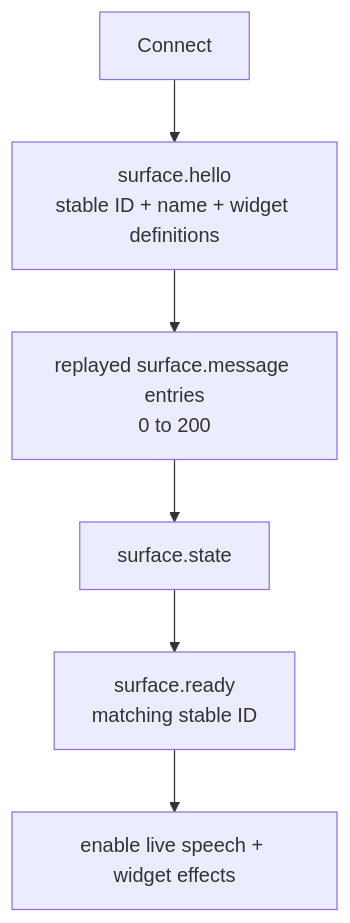
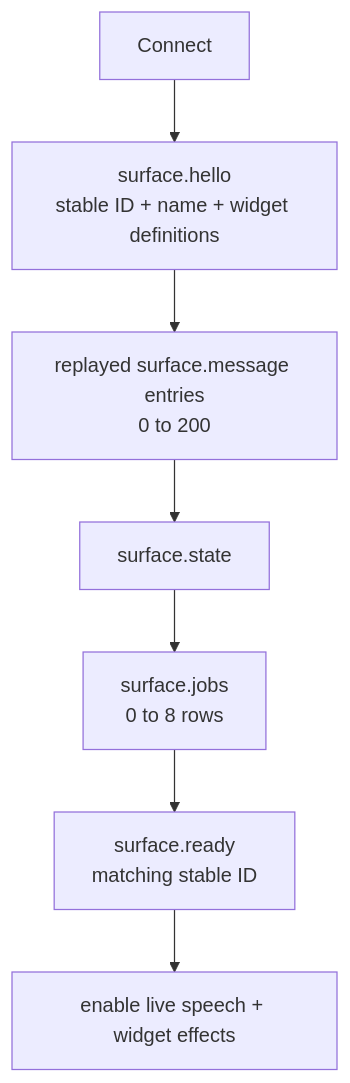
The second of 6 diagrams in docs/src/dev/surfaces.md (alexjercan/scufris2), drawn with Mermaid before and after one commit. The commit also changed other lines of this file and 48 other files, not shown here.

````diff
--- a/docs/src/dev/surfaces.md
+++ b/docs/src/dev/surfaces.md
@@ -46,8 +46,9 @@
 ```mermaid
 flowchart TB
     Connect --> Hello["surface.hello<br/>stable ID + name + widget definitions"]
     Hello --> Replay["replayed surface.message entries<br/>0 to 200"]
     Replay --> State[surface.state]
-    State --> Ready["surface.ready<br/>matching stable ID"]
+    State --> Jobs["surface.jobs<br/>0 to 8 rows"]
+    Jobs --> Ready["surface.ready<br/>matching stable ID"]
     Ready --> Live[enable live speech + widget effects]
 ```
````
